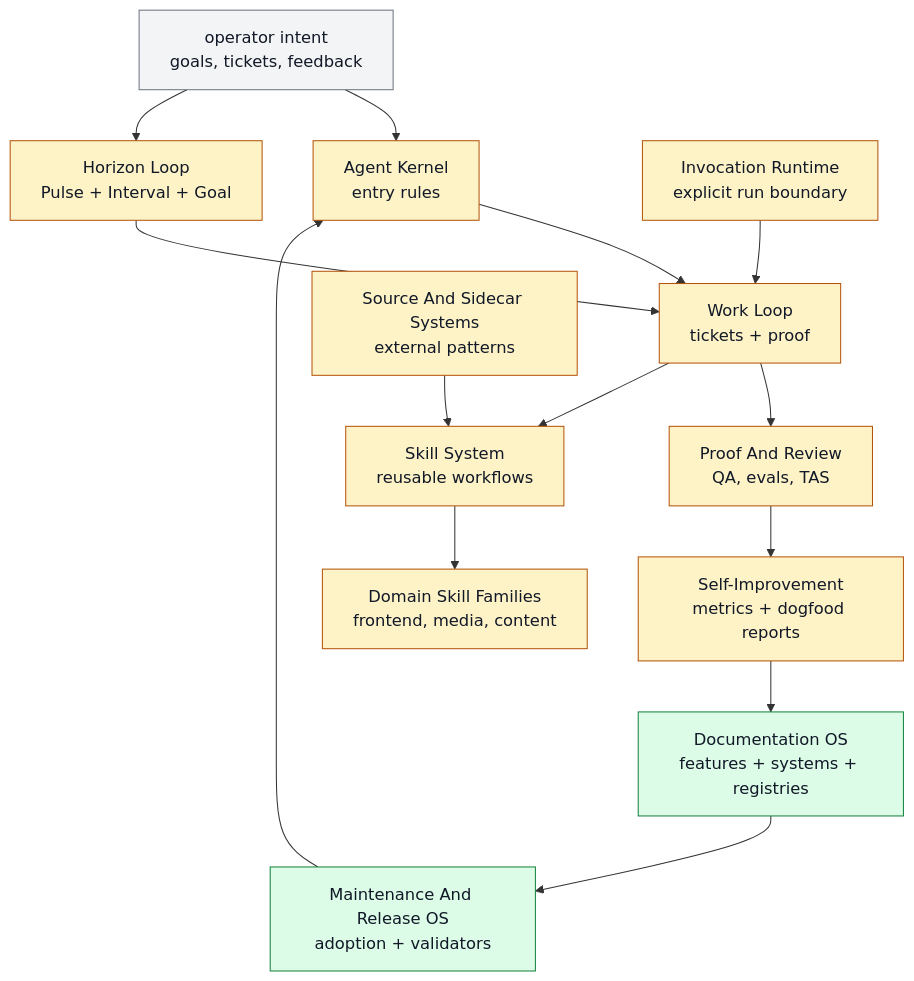
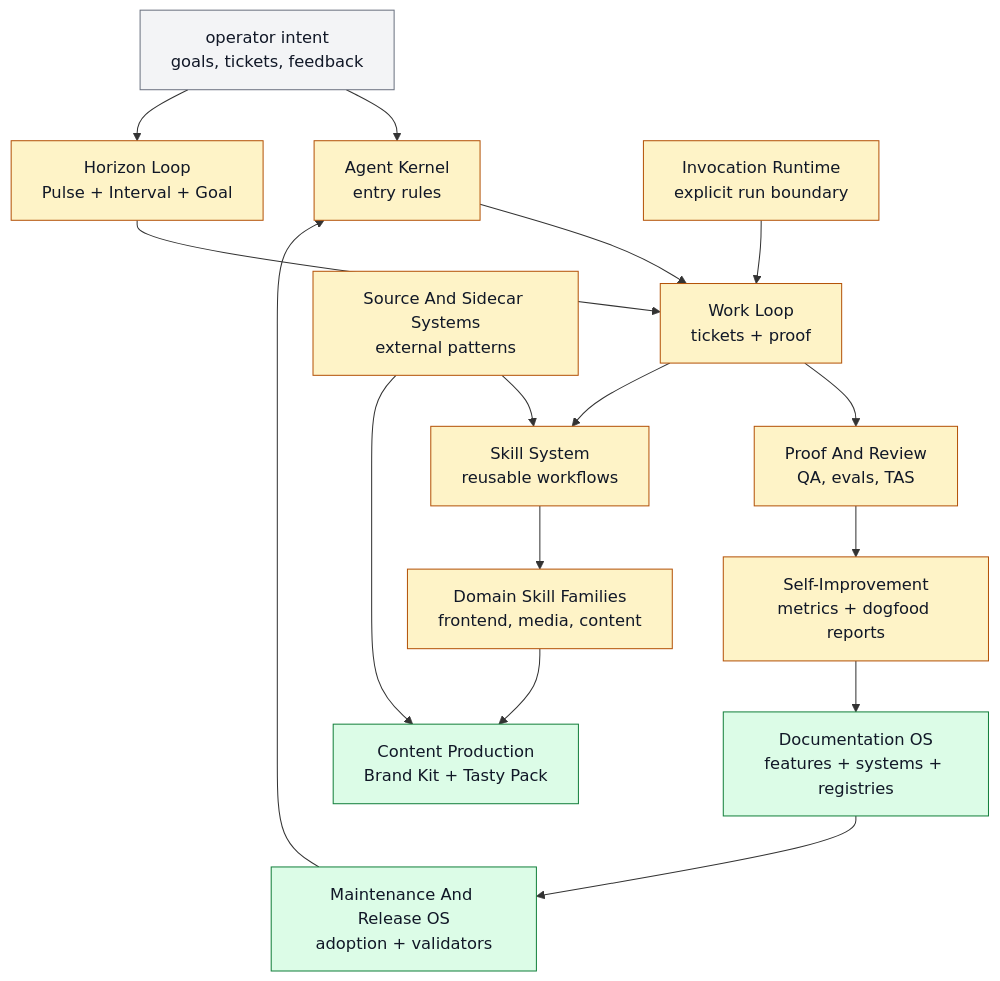
The diagram in docs/systems/README.md (ZanarkandTechnologies/Farplane), drawn with Mermaid before and after one commit. The commit also changed other lines of this file and 27 other files, not shown here.

Commit message:
feat(content): ground production in creative elements

````diff
--- a/docs/systems/README.md
+++ b/docs/systems/README.md
@@ -47,27 +47,29 @@
 ```mermaid
 flowchart TD
   classDef keep fill:#f3f4f6,stroke:#6b7280,color:#111827
   classDef changed fill:#fef3c7,stroke:#b45309,color:#111827
   classDef added fill:#dcfce7,stroke:#15803d,color:#111827
 
   operator["operator intent<br/>goals, tickets, feedback"]:::keep
   kernel["Agent Kernel<br/>entry rules"]:::changed
   work["Work Loop<br/>tickets + proof"]:::changed
   horizon["Horizon Loop<br/>Pulse + Interval + Goal"]:::changed
   skills["Skill System<br/>reusable workflows"]:::changed
   proof["Proof And Review<br/>QA, evals, TAS"]:::changed
   learn["Self-Improvement<br/>metrics + dogfood reports"]:::changed
   docs["Documentation OS<br/>features + systems + registries"]:::added
   release["Maintenance And Release OS<br/>adoption + validators"]:::added
   sources["Source And Sidecar Systems<br/>external patterns"]:::changed
   domain["Domain Skill Families<br/>frontend, media, content"]:::changed
+  content["Content Production<br/>Brand Kit + Tasty Pack"]:::added
   invoke["Invocation Runtime<br/>explicit run boundary"]:::changed
 
   operator --> kernel --> work --> proof
   operator --> horizon --> work
-  work --> skills --> domain
+  work --> skills --> domain --> content
   sources --> skills
+  sources --> content
   proof --> learn --> docs
   docs --> release --> kernel
   invoke --> work
 ```
````
